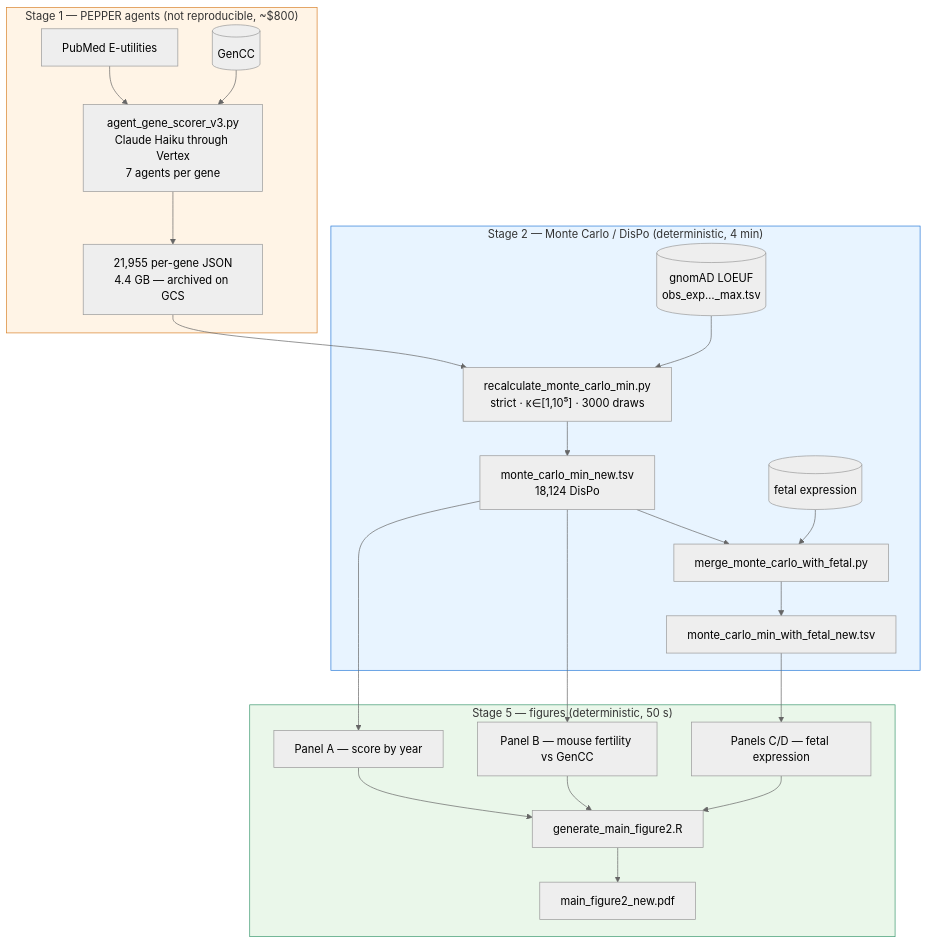
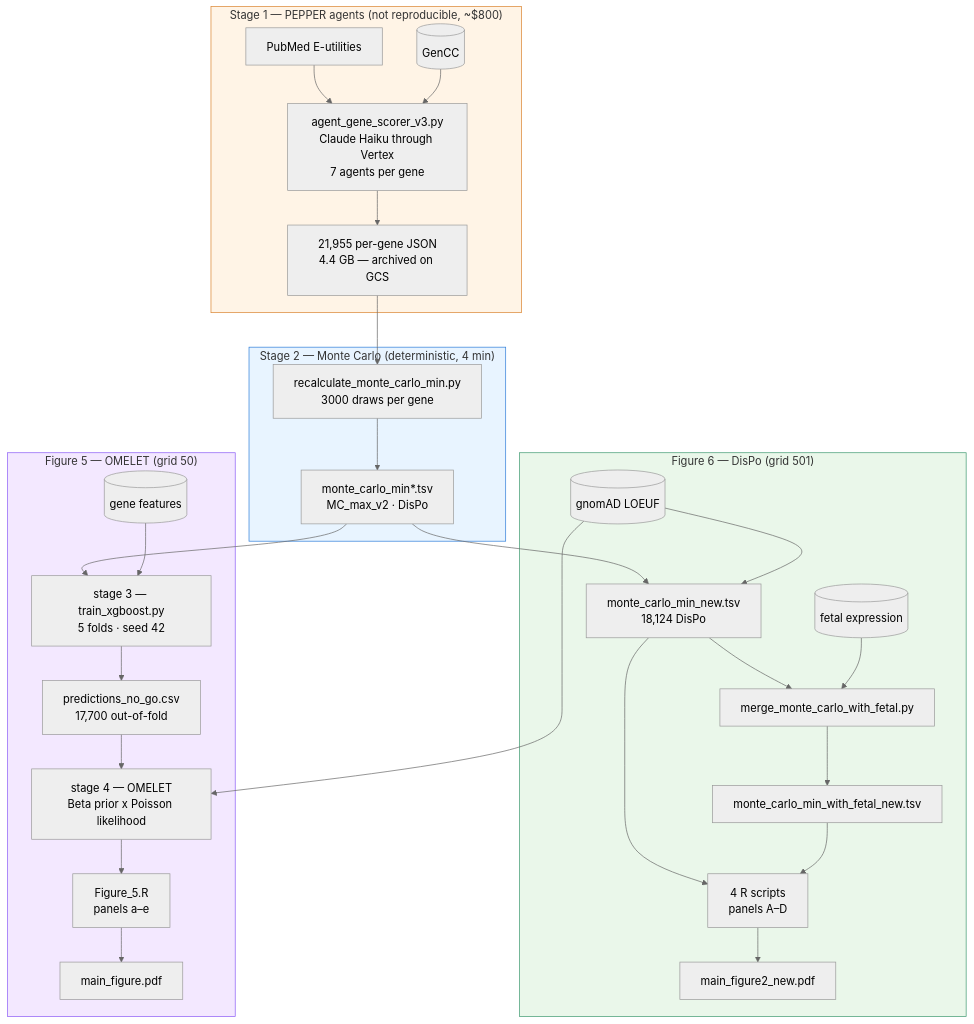
Before and after one commit to atgu/gnomAD_v4_flagship_paper: the diagram in agentic_pipeline/README.md, drawn with Mermaid (neutral theme). The commit also changed other lines of this file and 20 other files, not shown here.

First line of the commit message:
Extend the pipeline to Figure 5: XGBoost, OMELET and their regressions

````diff
--- a/agentic_pipeline/README.md
+++ b/agentic_pipeline/README.md
@@ -27,32 +32,40 @@
 ```mermaid
 flowchart TD
     subgraph S1["Stage 1 — PEPPER agents (not reproducible, ~$800)"]
         PM[PubMed E-utilities] --> AG
         GC[(GenCC)] --> AG
         AG["agent_gene_scorer_v3.py<br/>Claude Haiku through Vertex<br/>7 agents per gene"]
         AG --> JSON["21,955 per-gene JSON<br/>4.4 GB — archived on GCS"]
     end
 
-    subgraph S2["Stage 2 — Monte Carlo / DisPo (deterministic, 4 min)"]
-        JSON --> MC["recalculate_monte_carlo_min.py<br/>strict · κ∈[1,10⁵] · 3000 draws"]
-        LO[("gnomAD LOEUF<br/>obs_exp…_max.tsv")] --> MC
-        MC --> TSV["monte_carlo_min_new.tsv<br/>18,124 DisPo"]
+    subgraph S2["Stage 2 — Monte Carlo (deterministic, 4 min)"]
+        JSON --> MC["recalculate_monte_carlo_min.py<br/>3000 draws per gene"]
+        MC --> MCT["monte_carlo_min*.tsv<br/>MC_max_v2 · DisPo"]
+    end
+
+    subgraph F6["Figure 6 — DisPo (grid 501)"]
+        MCT --> TSV["monte_carlo_min_new.tsv<br/>18,124 DisPo"]
+        LO[("gnomAD LOEUF")] --> TSV
         TSV --> MG[merge_monte_carlo_with_fetal.py]
         FE[("fetal expression")] --> MG
-        MG --> TSVF["monte_carlo_min_with_fetal_new.tsv"]
+        MG --> TSVF[monte_carlo_min_with_fetal_new.tsv]
+        TSV --> P6["4 R scripts<br/>panels A–D"]
+        TSVF --> P6
+        P6 --> FIG6["main_figure2_new.pdf"]
     end
 
-    subgraph S5["Stage 5 — figures (deterministic, 50 s)"]
-        TSV --> PA["Panel A — score by year"]
-        TSV --> PB["Panel B — mouse fertility vs GenCC"]
-        TSVF --> PCD["Panels C/D — fetal expression"]
-        PA --> ASM[generate_main_figure2.R]
-        PB --> ASM
-        PCD --> ASM
-        ASM --> FIG["main_figure2_new.pdf"]
+    subgraph F5["Figure 5 — OMELET (grid 50)"]
+        MCT --> XGB["stage 3 — train_xgboost.py<br/>5 folds · seed 42"]
+        GF[("gene features")] --> XGB
+        XGB --> PRED["predictions_no_go.csv<br/>17,700 out-of-fold"]
+        PRED --> OM["stage 4 — OMELET<br/>Beta prior x Poisson likelihood"]
+        LO --> OM
+        OM --> P5["Figure_5.R<br/>panels a–e"]
+        P5 --> FIG5["main_figure.pdf"]
     end
 
     style S1 fill:#fff4e6,stroke:#d9822b
     style S2 fill:#e8f4ff,stroke:#2b7cd9
-    style S5 fill:#eaf7ea,stroke:#3d9970
+    style F6 fill:#eaf7ea,stroke:#3d9970
+    style F5 fill:#f3e8ff,stroke:#8b5cf6
 ```
````
